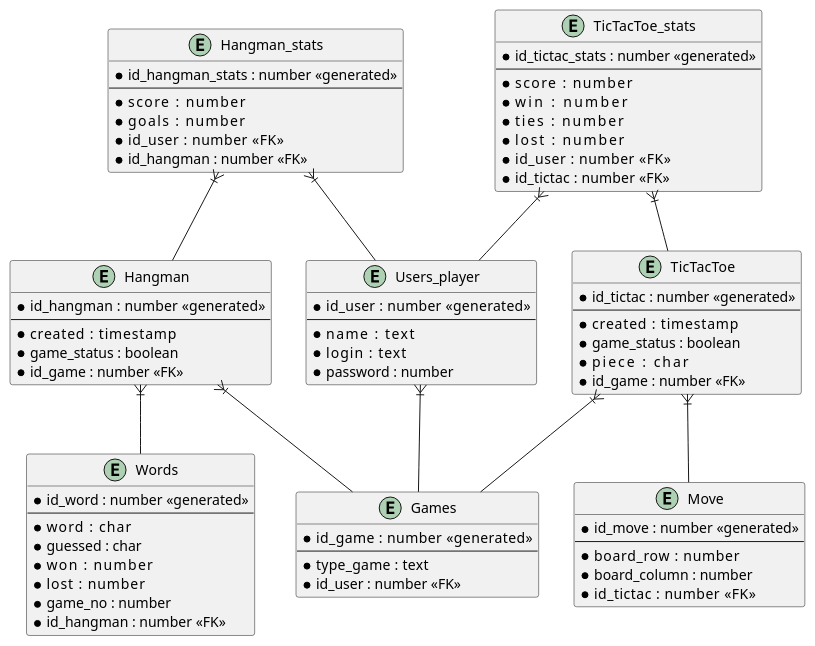
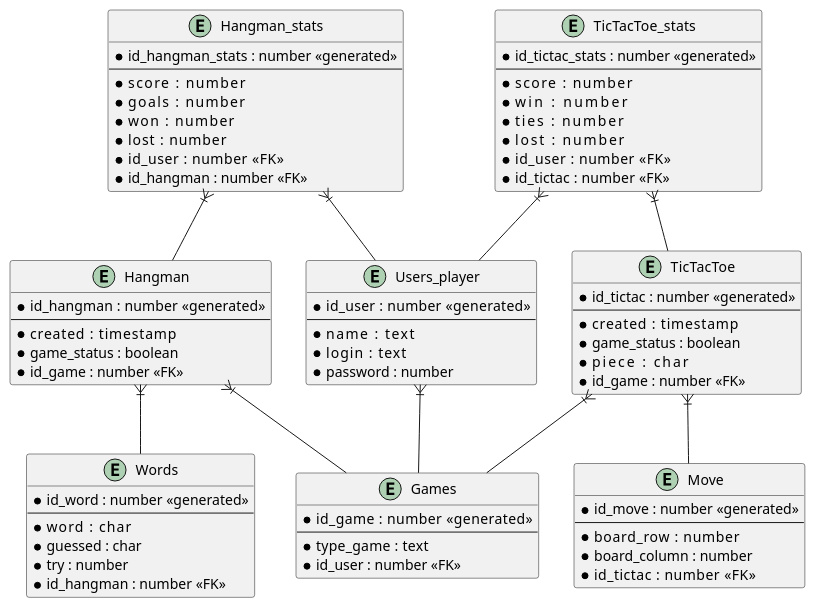
Before and after one commit to ManuelQHernandez/SecondProject: the diagram in ModeloLogico.wsd, drawn with PlantUML. The commit also changed 2 other files, not shown here.

Commit message:
SecondProject update DDL, DataModelerDiagram, ModeloLogico

```diff
--- a/ModeloLogico.wsd
+++ b/ModeloLogico.wsd
@@ -1,88 +1,88 @@
 @startuml ModeloLogico
 
 entity Users_player {
     * id_user   : number <<generated>>
     --
     *  name     : text
     *  login    : text
     *  password : number
 }
 
 entity Games {
     * id_game    : number <<generated>>
     --
     * type_game  : text
     * id_user : number <<FK>>
 }
 
 entity Hangman {
     *  id_hangman  : number <<generated>>
     --
     *  created     : timestamp
     *  game_status : boolean
     *  id_game : number <<FK>>
 }
 
 entity TicTacToe {
     *  id_tictac : number <<generated>>
     --
     *  created     : timestamp
     *  game_status : boolean
     *  piece       : char
     *  id_game : number <<FK>>
 }
 
 entity Words {
     *  id_word : number <<generated>>
     --
     *  word    : char
     *  guessed : char
-    *  won     : number
-    *  lost    : number
-    *  game_no : number
+    *  try : number
     *  id_hangman : number <<FK>>
 }
 
 entity Move {
     *  id_move : number <<generated>>
     --
     *  board_row    : number
     *  board_column : number
     *  id_tictac    : number <<FK>>
 }
 
 entity Hangman_stats {
     *  id_hangman_stats : number <<generated>>
     --
     *  score      : number
     *  goals      : number
+    *  won     : number
+    *  lost    : number
     *  id_user    : number <<FK>>
     *  id_hangman : number <<FK>>
 }
 
 entity TicTacToe_stats {
     *  id_tictac_stats : number <<generated>>
     --
     *  score      : number
     *  win        : number
     *  ties       : number
     *  lost       : number
     *  id_user    : number <<FK>>
     *  id_tictac  : number <<FK>>
 }
 
 Hangman }|-- Games
 TicTacToe }|-- Games
 
 Users_player }|-- Games  
 
 Hangman }|-- Words
 TicTacToe }|-- Move
 
 Hangman_stats }|-- Users_player
 Hangman_stats }|-- Hangman
 
 TicTacToe_stats }|-- Users_player
 TicTacToe_stats }|-- TicTacToe
 
 @enduml
```
